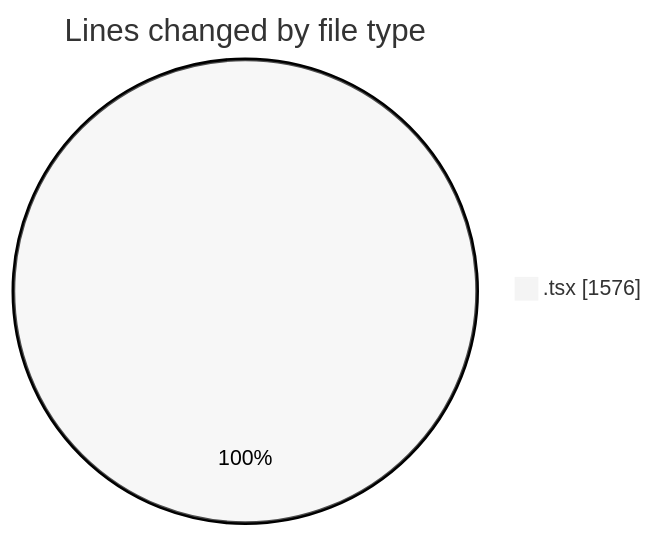
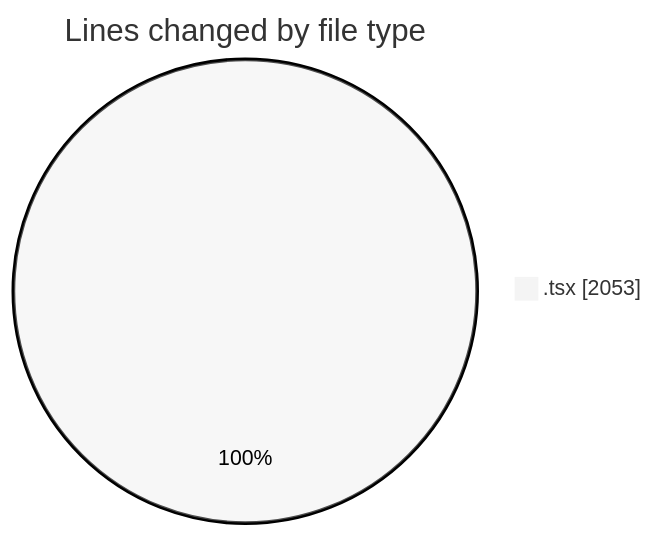
One commit to nxtqubesakshisongat/code-tracking changed the first of 2 diagrams in 2026-06-15/nxtqube_webapp/README.md. Above: the diagram before and after it, drawn with Mermaid (neutral theme). The commit also changed other lines of this file and 1 other file, not shown here.

````diff
--- a/2026-06-15/nxtqube_webapp/README.md
+++ b/2026-06-15/nxtqube_webapp/README.md
@@ -21,5 +22,5 @@
 ```mermaid
 pie showData
 title Lines changed by file type
-".tsx" : 1576
+".tsx" : 2053
 ```
````
